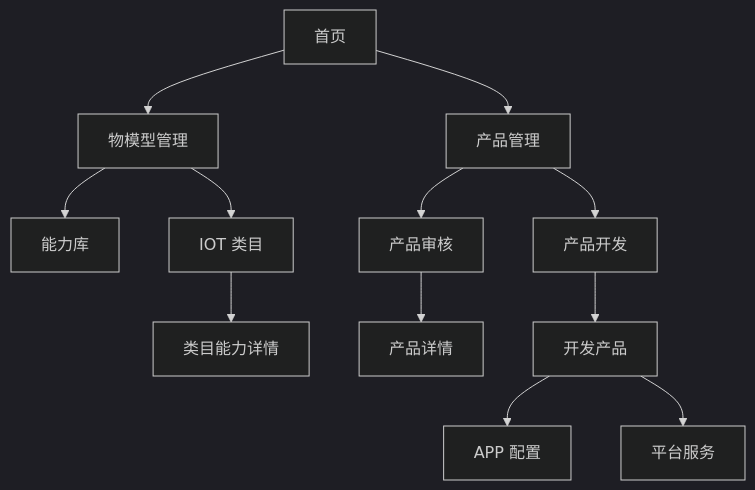
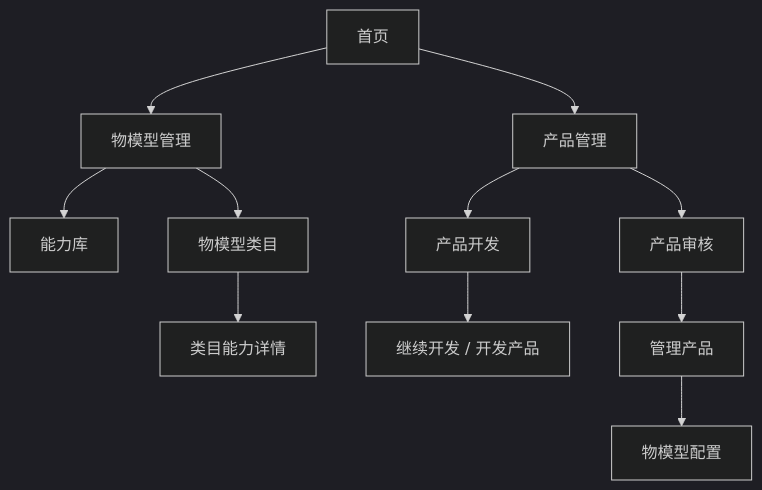
Before and after one commit to hongtao-l/platform: the diagram in docs/prd_full/生态平台物模型重构/生态平台物模型重构02UIDesign.md, drawn with Mermaid (dark theme). The commit also changed other lines of this file and 6 other files, not shown here.

````diff
--- a/docs/prd_full/生态平台物模型重构/生态平台物模型重构02UIDesign.md
+++ b/docs/prd_full/生态平台物模型重构/生态平台物模型重构02UIDesign.md
@@ -196,14 +212,13 @@
 ```mermaid
 flowchart TD
     Home[首页] --> TM[物模型管理]
     TM --> LIB[能力库]
-    TM --> CAT[IOT 类目]
+    TM --> CAT[物模型类目]
     CAT --> CATD[类目能力详情]
     Home --> PM[产品管理]
     PM --> DEV[产品开发]
+    DEV --> CONF[继续开发 / 开发产品]
     PM --> AUD[产品审核]
-    AUD --> DETAIL[产品详情]
-    DEV --> CONF[开发产品]
-    CONF --> APP[APP 配置]
-    CONF --> SVC[平台服务]
+    AUD --> DETAIL[管理产品]
+    DETAIL --> TMCFG[物模型配置]
 ```
````
